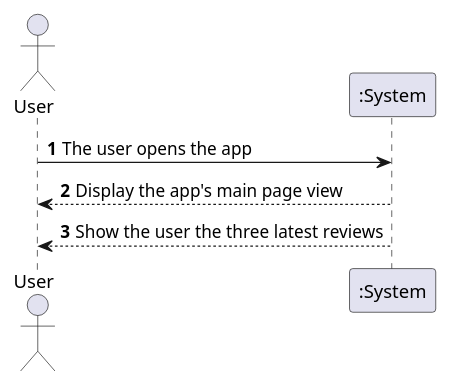
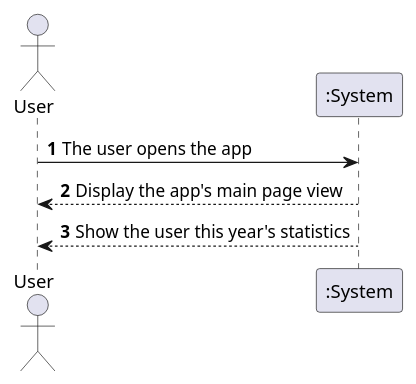
Before and after one commit to VitorHTeixeira/DSSMV_ProjectDroid_1232067_1241131_1241008: the diagram in UMLs/UC_SSD/uml/UCMS_UCSSD/UCMS4_UCSSD.puml, drawn with PlantUML. The commit also changed 32 other files, not shown here.

```diff
--- a/UMLs/UC_SSD/uml/UCMS_UCSSD/UCMS4_UCSSD.puml
+++ b/UMLs/UC_SSD/uml/UCMS_UCSSD/UCMS4_UCSSD.puml
@@ -1,12 +1,12 @@
 @startuml
 'https://plantuml.com/sequence-diagram
 
 autonumber
 
 actor "User" as user
 participant ":System" as sys
 
 user -> sys: The user opens the app
 user <-- sys: Display the app's main page view
-user <-- sys: Show the user the three latest reviews
+user <-- sys: Show the user this year's statistics
 @enduml
```
